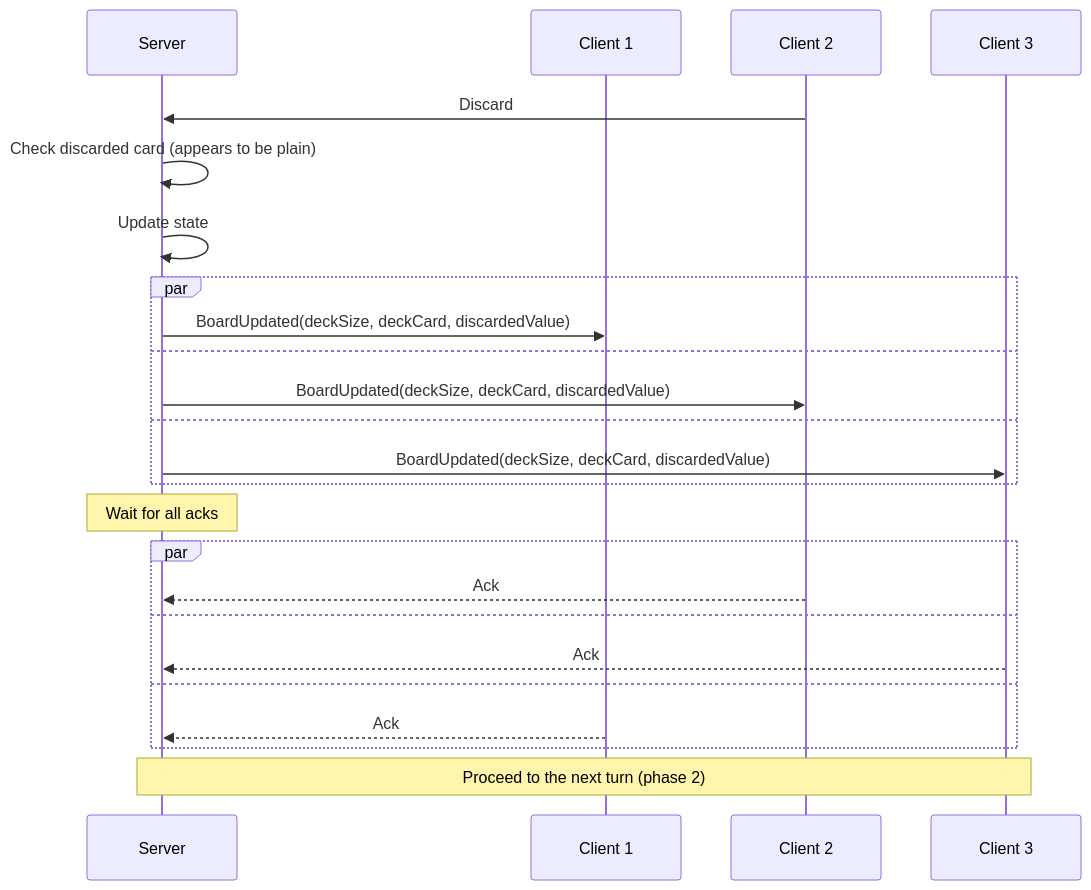
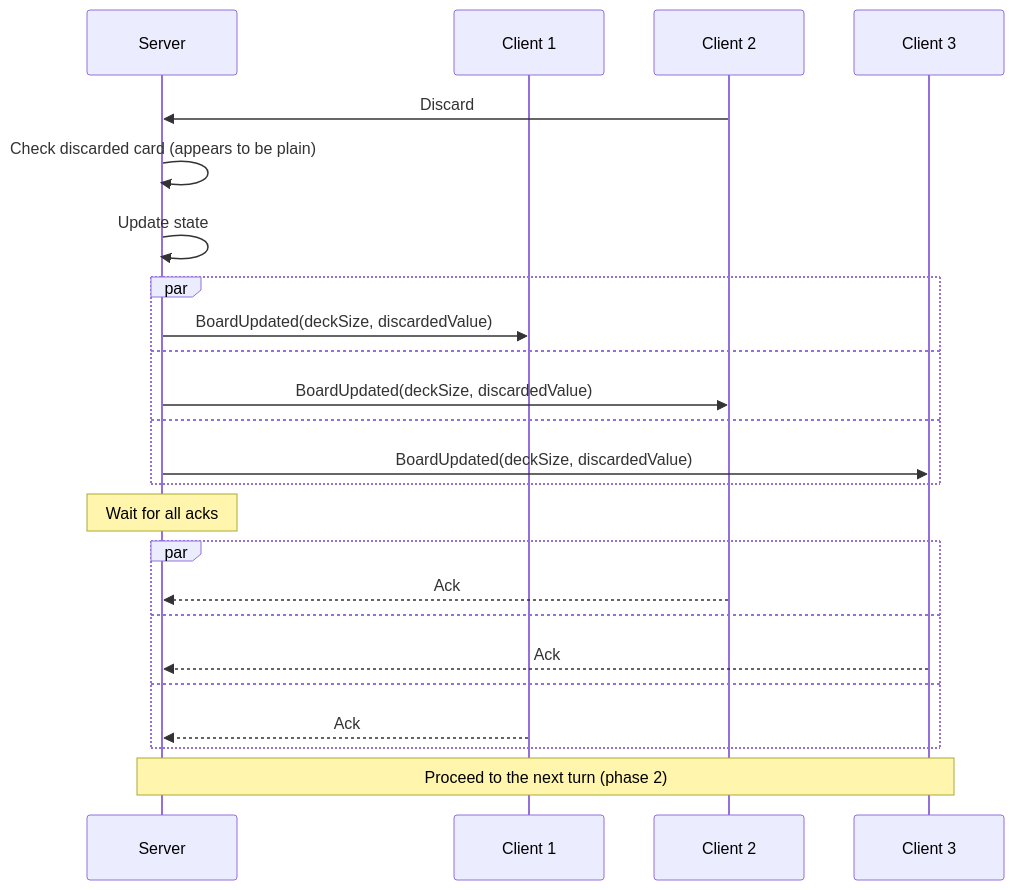
Before and after one commit to roman-zubarevich/another: the tenth of 15 diagrams in docs/GAME.md, drawn with Mermaid. The commit also changed other lines of this file, not shown here.

````diff
--- a/docs/GAME.md
+++ b/docs/GAME.md
@@ -288,26 +288,26 @@
 ```mermaid
 sequenceDiagram
     participant S as Server
     participant C1 as Client 1
     participant C2 as Client 2
     participant C3 as Client 3
     C2->>S: Discard
     S->>S: Check discarded card (appears to be plain)
     S->>S: Update state
     par
-        S->>C1: BoardUpdated(deckSize, deckCard, discardedValue)
+        S->>C1: BoardUpdated(deckSize, discardedValue)
     and
-        S->>C2: BoardUpdated(deckSize, deckCard, discardedValue)
+        S->>C2: BoardUpdated(deckSize, discardedValue)
     and
-        S->>C3: BoardUpdated(deckSize, deckCard, discardedValue)
+        S->>C3: BoardUpdated(deckSize, discardedValue)
     end
     Note over S: Wait for all acks
     par
         C2-->>S: Ack
     and
         C3-->>S: Ack
     and
         C1-->>S: Ack
     end
     Note over S,C3: Proceed to the next turn (phase 2)
 ```
````
